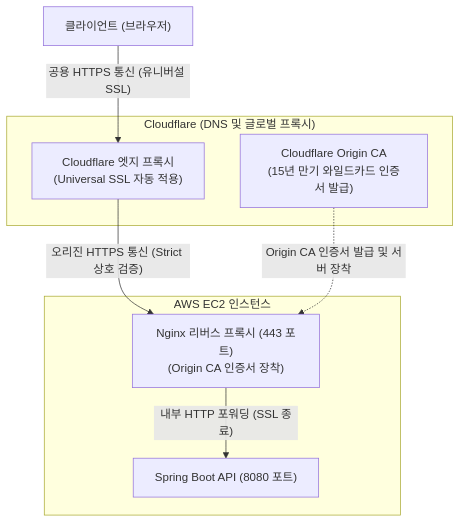
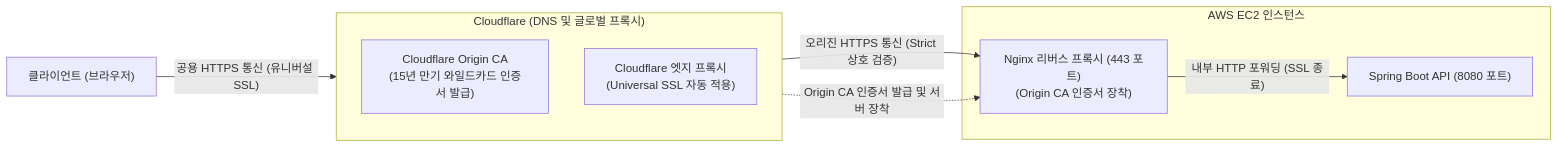
The second of 4 diagrams in guide/04.challenge.md (likelion-backend-25th/22-project-sns), drawn with Mermaid before and after one commit. The commit also changed other lines of this file, not shown here.

````diff
--- a/guide/04.challenge.md
+++ b/guide/04.challenge.md
@@ -259,19 +261,20 @@
 ```mermaid
-flowchart TD
+flowchart LR
     Client["클라이언트 (브라우저)"]
 
     subgraph CF["Cloudflare (DNS 및 글로벌 프록시)"]
+        direction TB
         CF_CA["Cloudflare Origin CA<br/>(15년 만기 와일드카드 인증서 발급)"]
         CF_Edge["Cloudflare 엣지 프록시<br/>(Universal SSL 자동 적용)"]
     end
 
     subgraph EC2["AWS EC2 인스턴스"]
         Nginx["Nginx 리버스 프록시 (443 포트)<br/>(Origin CA 인증서 장착)"]
         SpringBoot["Spring Boot API (8080 포트)"]
     end
 
     Client -->|"공용 HTTPS 통신 (유니버설 SSL)"| CF_Edge
     CF_Edge -->|"오리진 HTTPS 통신 (Strict 상호 검증)"| Nginx
     CF_CA -.->|"Origin CA 인증서 발급 및 서버 장착"| Nginx
     Nginx -->|"내부 HTTP 포워딩 (SSL 종료)"| SpringBoot
 ```
````
